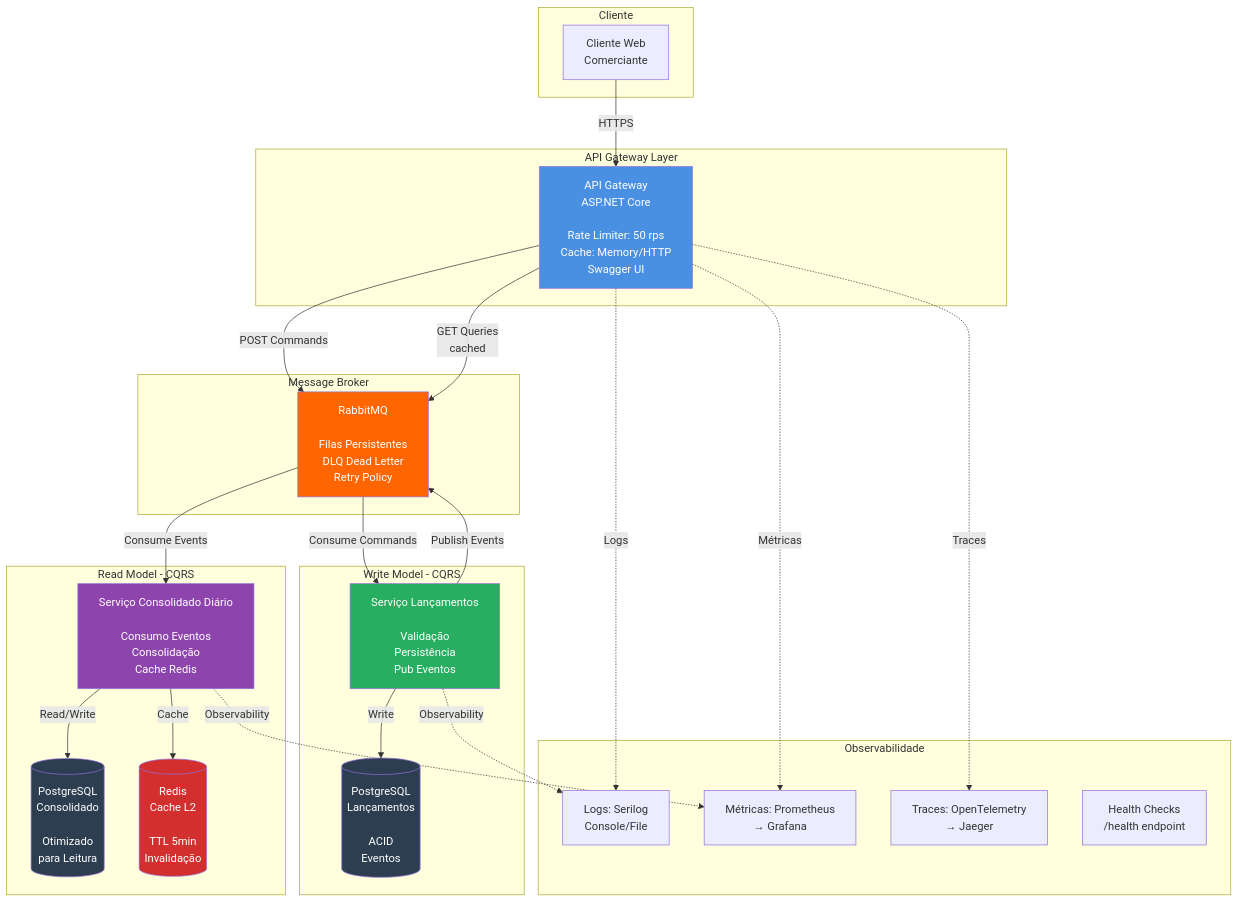
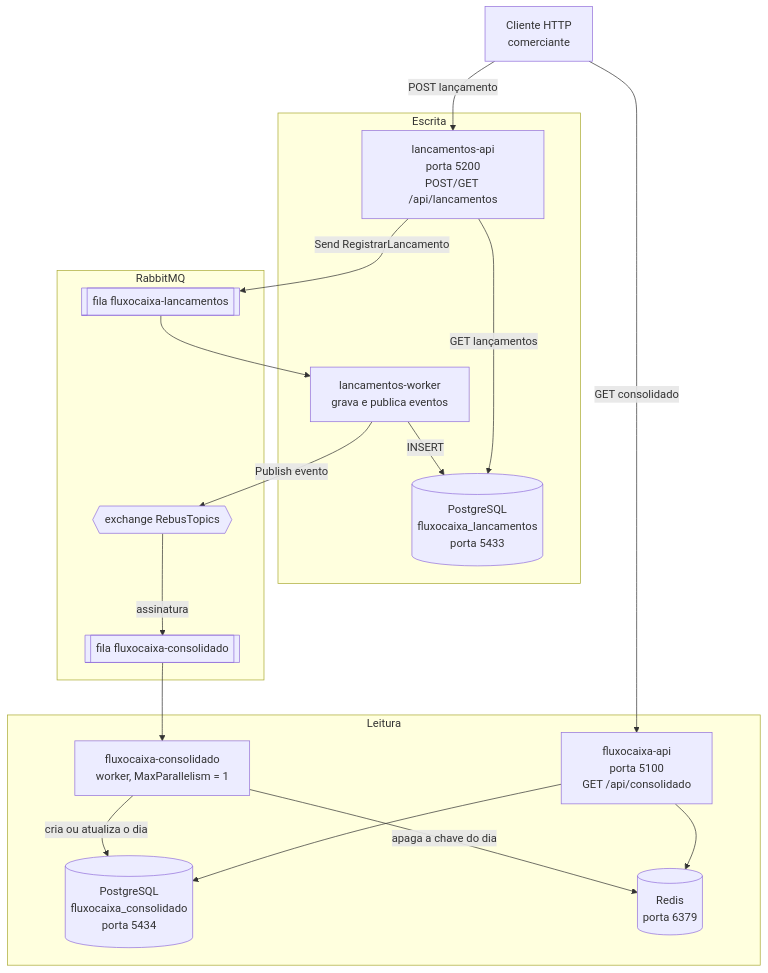
The first of 6 diagrams in docs/diagramas-fluxo-caixa.md (felipemarcianodev/saga-poc-dotnet), drawn with Mermaid before and after one commit. The commit also changed other lines of this file and 32 other files, not shown here.

````diff
--- a/docs/diagramas-fluxo-caixa.md
+++ b/docs/diagramas-fluxo-caixa.md
@@ -9,58 +9,38 @@
 ```mermaid
 graph TB
-    subgraph Cliente
-        WEB[Cliente Web<br/>Comerciante]
+    COMERCIANTE[Cliente HTTP<br/>comerciante]
+
+    subgraph Escrita["Escrita"]
+        LAPI[lancamentos-api<br/>porta 5200<br/>POST/GET /api/lancamentos]
+        WORKER[lancamentos-worker<br/>grava e publica eventos]
+        DBL[(PostgreSQL<br/>fluxocaixa_lancamentos<br/>porta 5433)]
     end
 
-    subgraph API_Layer["API Gateway Layer"]
-        API[API Gateway<br/>ASP.NET Core<br/><br/>Rate Limiter: 50 rps<br/>Cache: Memory/HTTP<br/>Swagger UI]
+    subgraph Mensageria["RabbitMQ"]
+        QL[[fila fluxocaixa-lancamentos]]
+        TOP{{exchange RebusTopics}}
+        QC[[fila fluxocaixa-consolidado]]
     end
 
-    subgraph Message_Broker["Message Broker"]
-        RABBITMQ[RabbitMQ<br/><br/>Filas Persistentes<br/>DLQ Dead Letter<br/>Retry Policy]
+    subgraph Leitura["Leitura"]
+        CONS[fluxocaixa-consolidado<br/>worker, MaxParallelism = 1]
+        DBC[(PostgreSQL<br/>fluxocaixa_consolidado<br/>porta 5434)]
+        REDIS[(Redis<br/>porta 6379)]
+        CAPI[fluxocaixa-api<br/>porta 5100<br/>GET /api/consolidado]
     end
 
-    subgraph Write_Model["Write Model - CQRS"]
-        LANCAMENTOS[Serviço Lançamentos<br/><br/>Validação<br/>Persistência<br/>Pub Eventos]
-        DB_LANCAMENTOS[(PostgreSQL<br/>Lançamentos<br/><br/>ACID<br/>Eventos)]
-    end
+    COMERCIANTE -->|POST lançamento| LAPI
+    LAPI -->|Send RegistrarLancamento| QL
+    QL --> WORKER
+    WORKER -->|INSERT| DBL
+    WORKER -->|Publish evento| TOP
+    TOP -->|assinatura| QC
+    QC --> CONS
+    CONS -->|cria ou atualiza o dia| DBC
+    CONS -->|apaga a chave do dia| REDIS
 
-    subgraph Read_Model["Read Model - CQRS"]
-        CONSOLIDADO[Serviço Consolidado Diário<br/><br/>Consumo Eventos<br/>Consolidação<br/>Cache Redis]
-        DB_CONSOLIDADO[(PostgreSQL<br/>Consolidado<br/><br/>Otimizado<br/>para Leitura)]
-        REDIS[(Redis<br/>Cache L2<br/><br/>TTL 5min<br/>Invalidação)]
-    end
-
-    subgraph Observability["Observabilidade"]
-        LOGS[Logs: Serilog<br/>Console/File]
-        METRICS[Métricas: Prometheus<br/>→ Grafana]
-        TRACES[Traces: OpenTelemetry<br/>→ Jaeger]
-        HEALTH[Health Checks<br/>/health endpoint]
-    end
-
-    WEB -->|HTTPS| API
-    API -->|POST Commands| RABBITMQ
-    API -->|GET Queries<br/>cached| RABBITMQ
-
-    RABBITMQ -->|Consume Commands| LANCAMENTOS
-    LANCAMENTOS -->|Write| DB_LANCAMENTOS
-    LANCAMENTOS -->|Publish Events| RABBITMQ
-
-    RABBITMQ -->|Consume Events| CONSOLIDADO
-    CONSOLIDADO -->|Read/Write| DB_CONSOLIDADO
-    CONSOLIDADO -->|Cache| REDIS
-
-    API -.->|Logs| LOGS
-    API -.->|Métricas| METRICS
-    API -.->|Traces| TRACES
-    LANCAMENTOS -.->|Observability| LOGS
-    CONSOLIDADO -.->|Observability| METRICS
-
-    style API fill:#4A90E2,color:#fff
-    style RABBITMQ fill:#FF6600,color:#fff
-    style LANCAMENTOS fill:#27AE60,color:#fff
-    style CONSOLIDADO fill:#8E44AD,color:#fff
-    style DB_LANCAMENTOS fill:#2C3E50,color:#fff
-    style DB_CONSOLIDADO fill:#2C3E50,color:#fff
-    style REDIS fill:#D32F2F,color:#fff
+    COMERCIANTE -->|GET consolidado| CAPI
+    CAPI --> REDIS
+    CAPI --> DBC
+    LAPI -->|GET lançamentos| DBL
 ```
````
